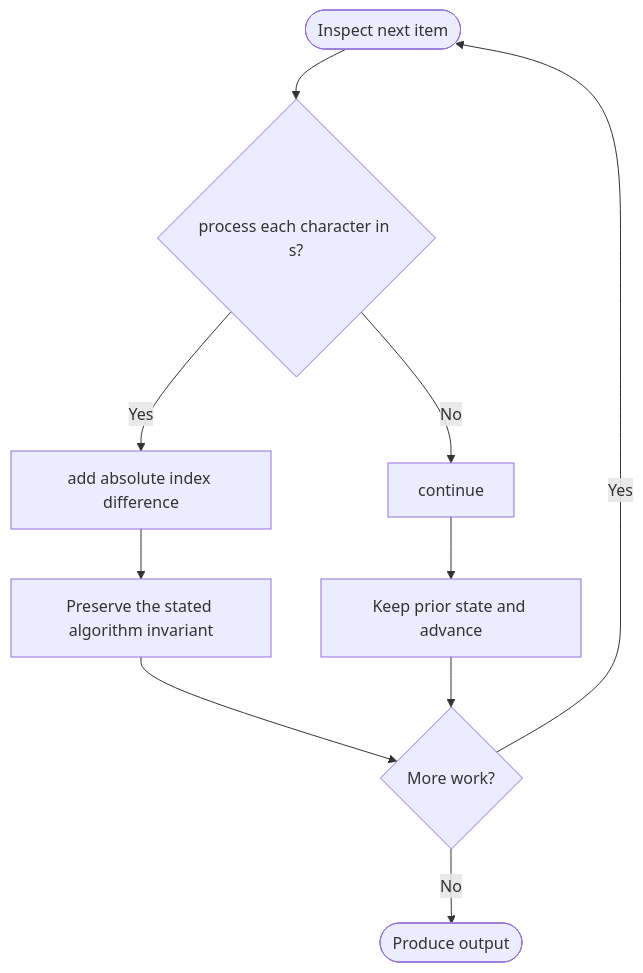
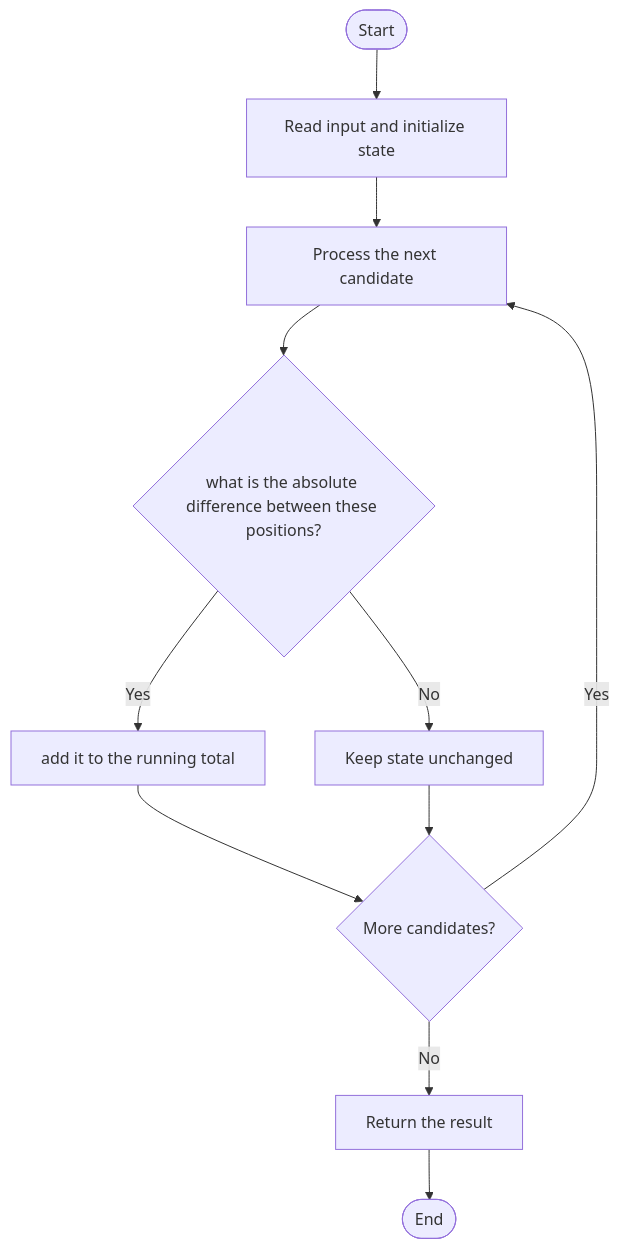
Before and after one commit to SAIDEEPBHANGE/C-CPP-Codes: the diagram in LeetCode/3146/README.md, drawn with Mermaid. The commit also changed other lines of this file and 196 other files, not shown here.

````diff
--- a/LeetCode/3146/README.md
+++ b/LeetCode/3146/README.md
@@ -28,12 +27,13 @@
 ```mermaid
 flowchart TD
-    A([Inspect next item]) --> B{process each character in s?}
-    B -- Yes --> C[add absolute index difference]
-    B -- No --> D[continue]
-    C --> E[Preserve the stated algorithm invariant]
-    D --> F[Keep prior state and advance]
-    E --> G{More work?}
+    A([Start]) --> B[Read input and initialize state]
+    B --> C[Process the next candidate]
+    C --> D{what is the absolute difference between these positions?}
+    D -->|Yes| E[add it to the running total]
+    D -->|No| F[Keep state unchanged]
+    E --> G{More candidates?}
     F --> G
-    G -- Yes --> A
-    G -- No --> H([Produce output])
+    G -->|Yes| C
+    G -->|No| H[Return the result]
+    H --> I([End])
 ```
````
